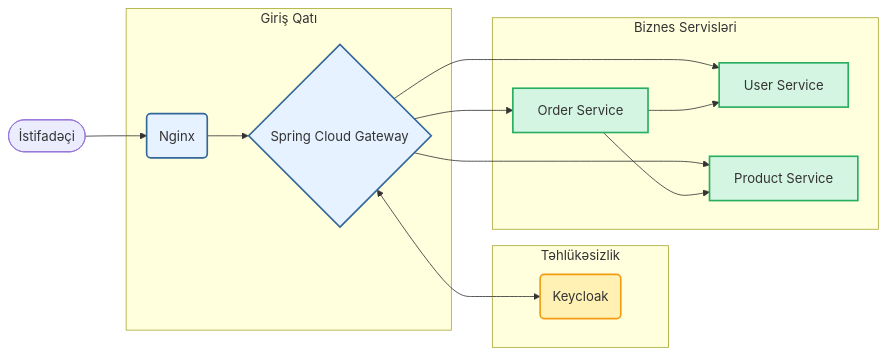
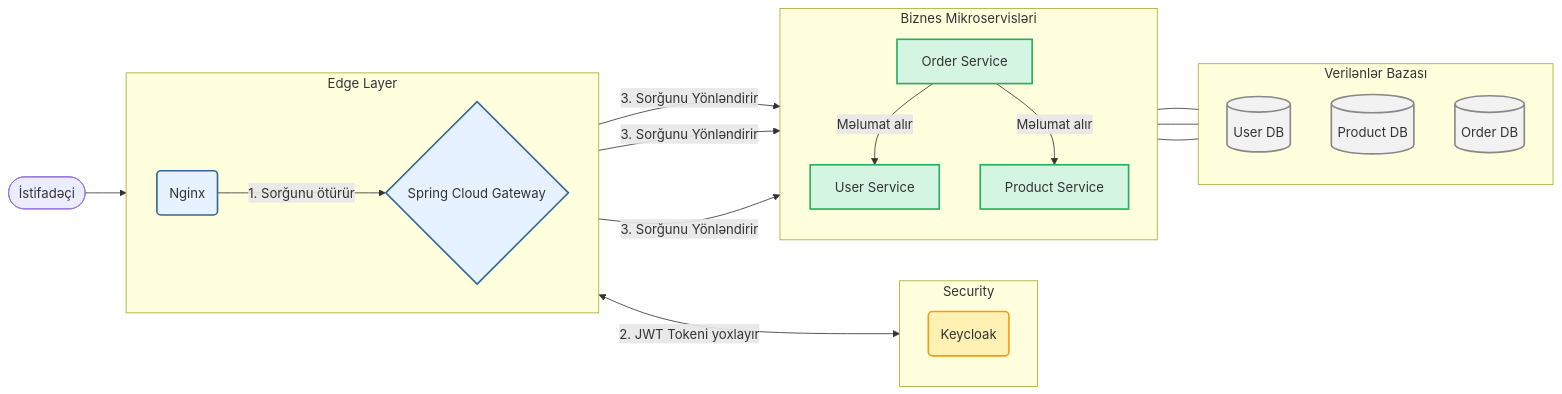
Before and after one commit to Neman-Mirzazade-1996/Microservice-Project: the diagram in README.md, drawn with Mermaid. The commit also changed other lines of this file, not shown here.

````diff
--- a/README.md
+++ b/README.md
@@ -12,34 +15,59 @@
 ```mermaid
 graph LR
+    %% --- Styling (Rənglərin təyin edilməsi) ---
     classDef edge fill:#e6f2ff,stroke:#369,stroke-width:2px;
     classDef service fill:#d5f5e3,stroke:#27ae60,stroke-width:2px;
     classDef security fill:#fff0b3,stroke:#f39c12,stroke-width:2px;
+    classDef database fill:#f2f2f2,stroke:#888,stroke-width:2px;
 
-    User([İstifadəçi]) --> Nginx(Nginx);
+    %% --- Xarici Dünya ---
+    User([İstifadəçi]) --> Nginx;
 
-    subgraph Giriş Qatı
-        Nginx --> Gateway{Spring Cloud Gateway};
+    %% --- Giriş Qatı (Edge Layer) ---
+    subgraph Edge Layer
+        direction LR
+        Nginx(Nginx) -- "1. Sorğunu ötürür" --> Gateway{Spring Cloud Gateway};
     end
 
-    subgraph Təhlükəsizlik
+    %% --- Təhlükəsizlik ---
+    subgraph Security
+        direction TB
         Keycloak(Keycloak);
     end
 
-    subgraph Biznes Servisləri
-        UserService[User Service]
-        ProductService[Product Service]
-        OrderService[Order Service]
+    %% --- Əsas Tətbiq Qatı ---
+    subgraph Biznes Mikroservisləri
+        direction TB
+        UserService[User Service];
+        ProductService[Product Service];
+        OrderService[Order Service];
     end
 
-    Gateway <--> Keycloak;
-    Gateway --> UserService;
-    Gateway --> ProductService;
-    Gateway --> OrderService;
+    %% --- Məlumat Qatı (Data Layer) ---
+    subgraph Verilənlər Bazası
+        direction TB
+        UserDB[(User DB)];
+        ProductDB[(Product DB)];
+        OrderDB[(Order DB)];
+    end
+
+    %% --- Əlaqələrin Qurulması ---
+    Gateway -- "3. Sorğunu Yönləndirir" --> UserService;
+    Gateway -- "3. Sorğunu Yönləndirir" --> ProductService;
+    Gateway -- "3. Sorğunu Yönləndirir" --> OrderService;
     
-    OrderService --> UserService;
-    OrderService --> ProductService;
+    Gateway <--> |"2. JWT Tokeni yoxlayır"| Keycloak;
 
+    OrderService -- "Məlumat alır" --> UserService;
+    OrderService -- "Məlumat alır" --> ProductService;
+
+    UserService --- UserDB;
+    ProductService --- ProductDB;
+    OrderService --- OrderDB;
+
+    %% --- Styling-in tətbiq edilməsi ---
     class Nginx,Gateway edge;
     class UserService,ProductService,OrderService service;
     class Keycloak security;
+    class UserDB,ProductDB,OrderDB database;
 ```
````
